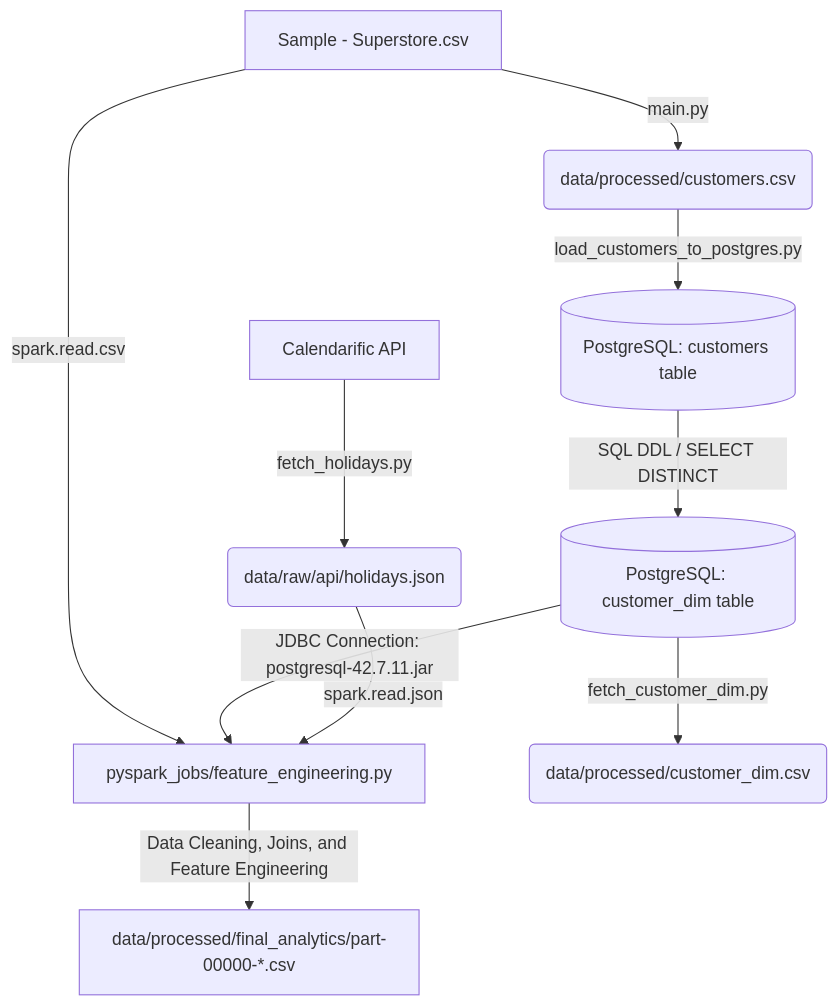
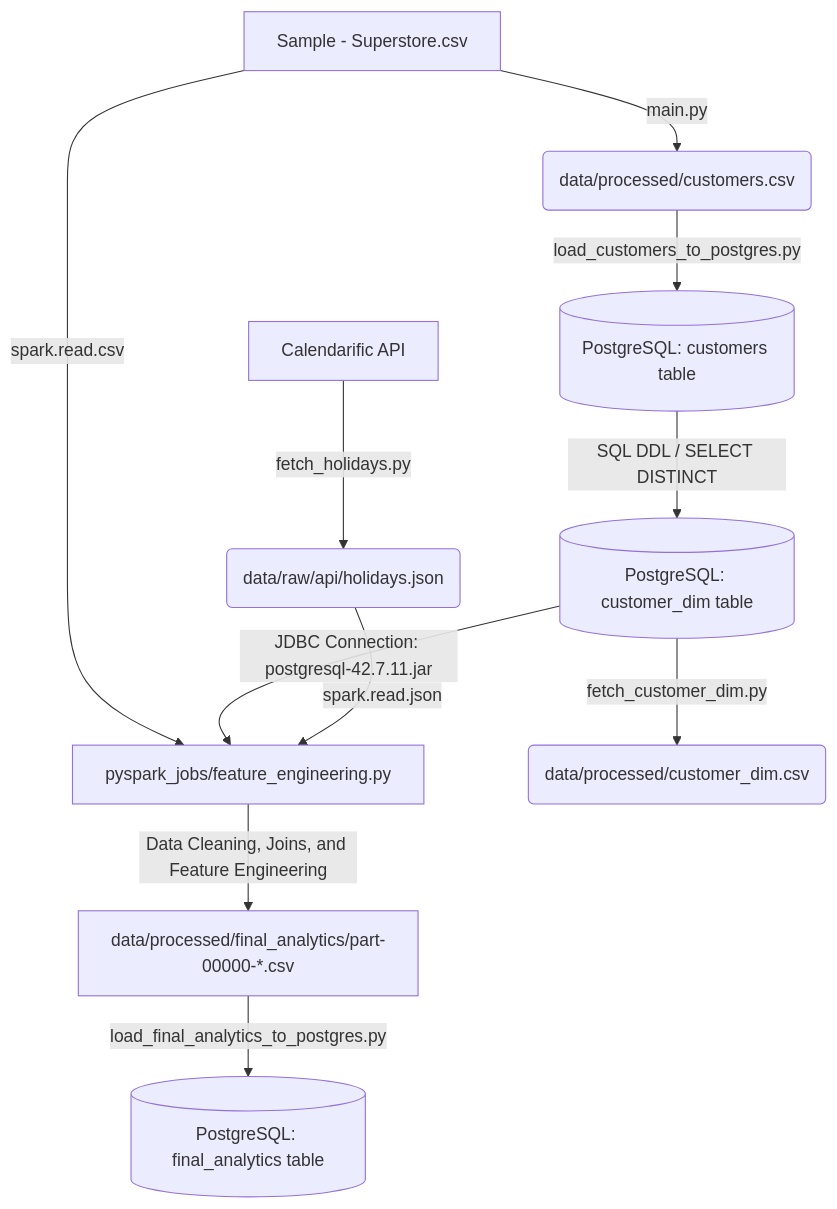
The diagram in README.md (prakash14789/weather-sales-analytics-pipeline), drawn with Mermaid before and after one commit. The commit also changed other lines of this file and 1 other file, not shown here.

````diff
--- a/README.md
+++ b/README.md
@@ -27,19 +27,20 @@
 ```mermaid
 graph TD
     %% Source Ingestion
     API[Calendarific API] -->|fetch_holidays.py| RawJSON(data/raw/api/holidays.json)
     RawCSV[Sample - Superstore.csv] -->|main.py| ProcessedCust(data/processed/customers.csv)
     
     %% Database Loading
     ProcessedCust -->|load_customers_to_postgres.py| PostgresCust[(PostgreSQL: customers table)]
     PostgresCust -->|SQL DDL / SELECT DISTINCT| PostgresDim[(PostgreSQL: customer_dim table)]
 
     %% PySpark ETL Job
     RawCSV -->|spark.read.csv| SparkETL[pyspark_jobs/feature_engineering.py]
     PostgresDim -->|JDBC Connection: postgresql-42.7.11.jar| SparkETL
     RawJSON -->|spark.read.json| SparkETL
 
     %% Output Generation
     SparkETL -->|Data Cleaning, Joins, and Feature Engineering| OutCSV[data/processed/final_analytics/part-00000-*.csv]
     PostgresDim -->|fetch_customer_dim.py| ProcDimCSV(data/processed/customer_dim.csv)
+    OutCSV -->|load_final_analytics_to_postgres.py| PostgresFinal[(PostgreSQL: final_analytics table)]
 ```
````
